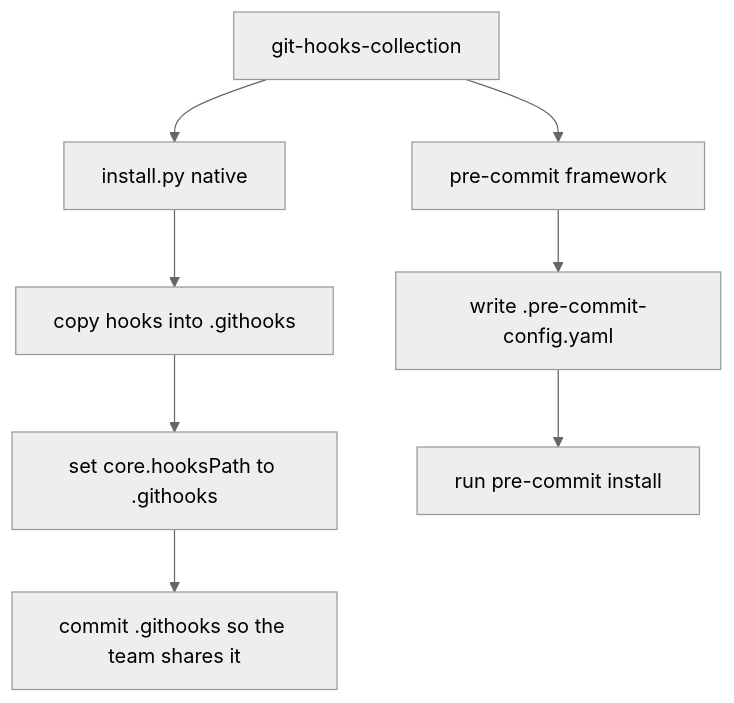
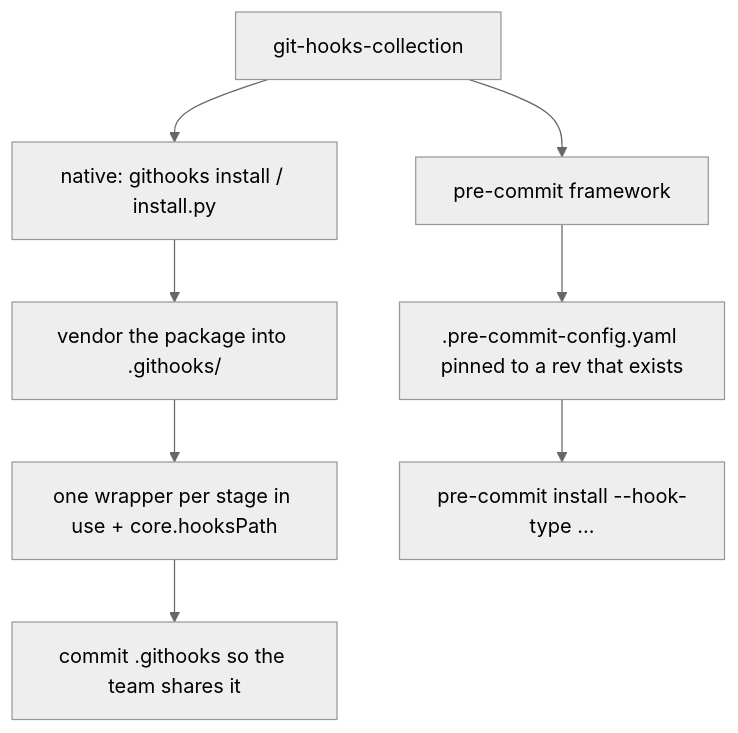
Before and after one commit to AleBrito124356/git-hooks-collection: the second of 2 diagrams in README.md, drawn with Mermaid (neutral theme). The commit also changed other lines of this file and 3 other files, not shown here.

First line of the commit message:
docs: document 0.2.0 - two-stage secret scanning, the githooks CLI, pinning

````diff
--- a/README.md
+++ b/README.md
@@ -97,10 +137,10 @@
 ```mermaid
 flowchart TD
-    S[git-hooks-collection] --> N[install.py native]
+    S[git-hooks-collection] --> N[native: githooks install / install.py]
     S --> P[pre-commit framework]
-    N --> N1[copy hooks into .githooks]
-    N1 --> N2[set core.hooksPath to .githooks]
+    N --> N1[vendor the package into .githooks/]
+    N1 --> N2[one wrapper per stage in use + core.hooksPath]
     N2 --> N3[commit .githooks so the team shares it]
-    P --> P1[write .pre-commit-config.yaml]
-    P1 --> P2[run pre-commit install]
+    P --> P1[.pre-commit-config.yaml pinned to a rev that exists]
+    P1 --> P2[pre-commit install --hook-type ...]
 ```
````
